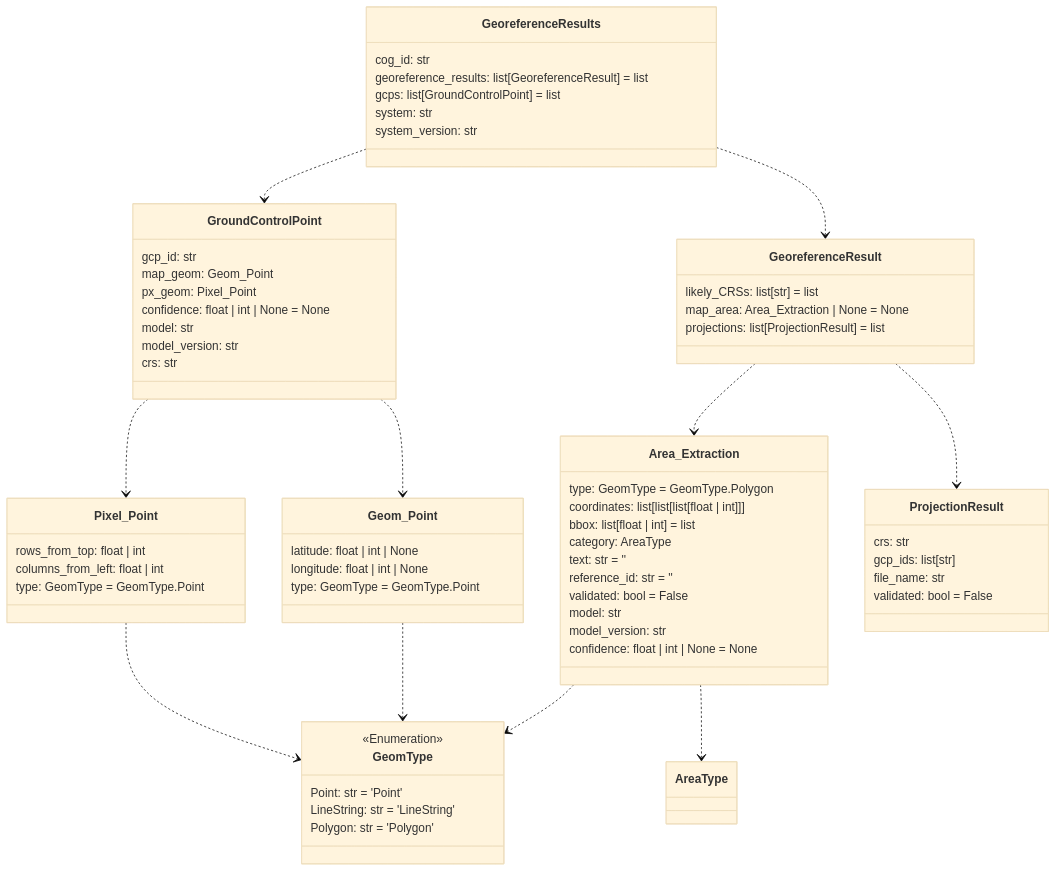
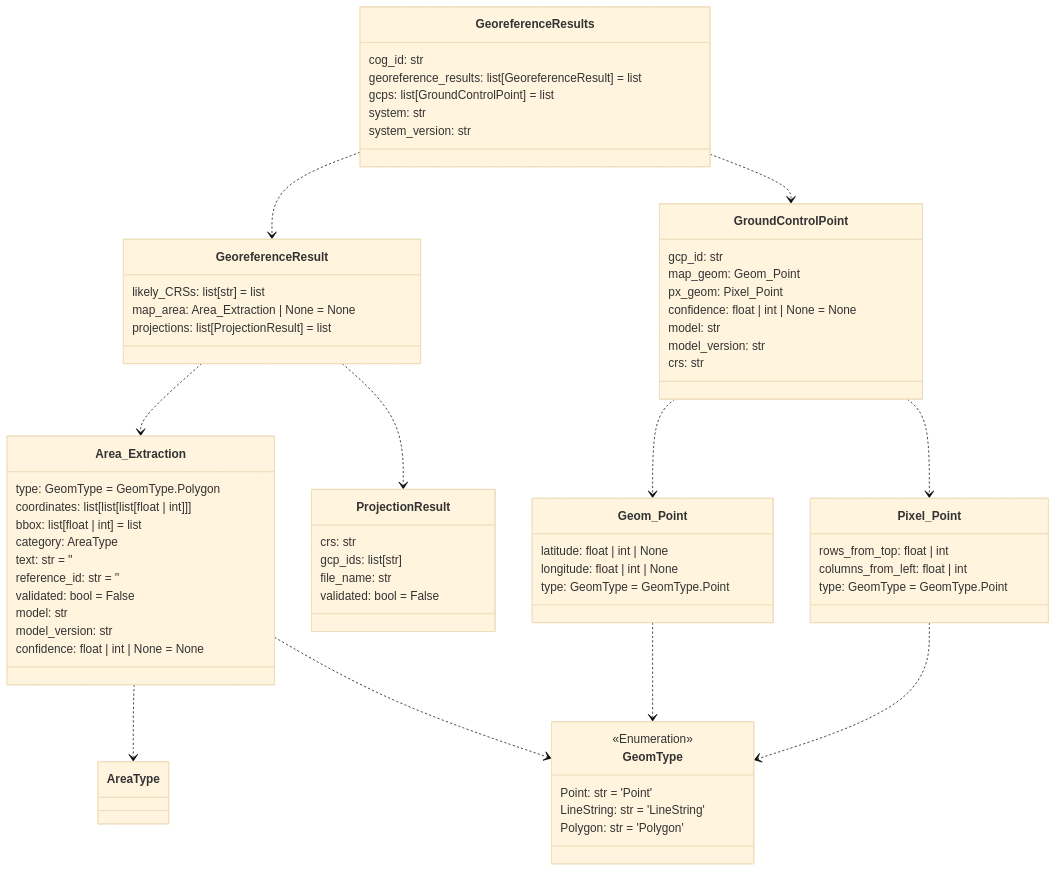
Before and after one commit to DARPA-CRITICALMAAS/cdr_schemas: the second of 14 diagrams in README.md, drawn with Mermaid (base theme). The commit also changed other lines of this file and 2 other files, not shown here.

````diff
--- a/README.md
+++ b/README.md
@@ -117,79 +117,79 @@
 ```mermaid
 classDiagram
 
     class Area_Extraction {
         type: GeomType = GeomType.Polygon
         coordinates: list[list[list[float | int]]]
         bbox: list[float | int] = list
         category: AreaType
         text: str = ''
         reference_id: str = ''
         validated: bool = False
         model: str
         model_version: str
         confidence: float | int | None = None
-    }
-
-    class Pixel_Point {
-        rows_from_top: float | int
-        columns_from_left: float | int
-        type: GeomType = GeomType.Point
     }
 
     class GeomType {
         <<Enumeration>>
         Point: str = 'Point'
         LineString: str = 'LineString'
         Polygon: str = 'Polygon'
     }
 
     class GeoreferenceResults {
         cog_id: str
         georeference_results: list[GeoreferenceResult] = list
         gcps: list[GroundControlPoint] = list
         system: str
         system_version: str
     }
 
-    class Geom_Point {
-        latitude: float | int | None
-        longitude: float | int | None
+    class Pixel_Point {
+        rows_from_top: float | int
+        columns_from_left: float | int
         type: GeomType = GeomType.Point
-    }
-
-    class GeoreferenceResult {
-        likely_CRSs: list[str] = list
-        map_area: Area_Extraction | None = None
-        projections: list[ProjectionResult] = list
-    }
-
-    class ProjectionResult {
-        crs: str
-        gcp_ids: list[str]
-        file_name: str
-        validated: bool = False
     }
 
     class GroundControlPoint {
         gcp_id: str
         map_geom: Geom_Point
         px_geom: Pixel_Point
         confidence: float | int | None = None
         model: str
         model_version: str
         crs: str
     }
 
+    class ProjectionResult {
+        crs: str
+        gcp_ids: list[str]
+        file_name: str
+        validated: bool = False
+    }
+
+    class GeoreferenceResult {
+        likely_CRSs: list[str] = list
+        map_area: Area_Extraction | None = None
+        projections: list[ProjectionResult] = list
+    }
+
+    class Geom_Point {
+        latitude: float | int | None
+        longitude: float | int | None
+        type: GeomType = GeomType.Point
+    }
+
     Area_Extraction ..> AreaType
     Area_Extraction ..> GeomType
     Geom_Point ..> GeomType
     Pixel_Point ..> GeomType
     GroundControlPoint ..> Geom_Point
     GroundControlPoint ..> Pixel_Point
     GeoreferenceResult ..> Area_Extraction
     GeoreferenceResult ..> ProjectionResult
+    GeoreferenceResults ..> GeoreferenceResult
     GeoreferenceResults ..> GroundControlPoint
-    GeoreferenceResults ..> GeoreferenceResult
 
 
 ```
````
